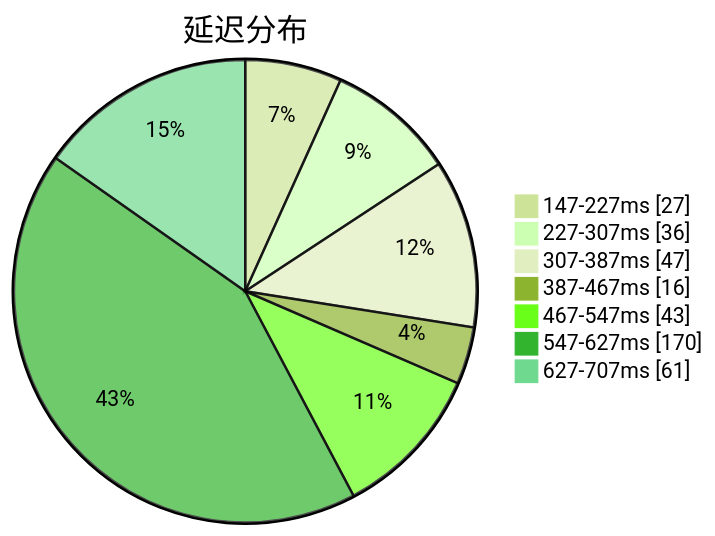
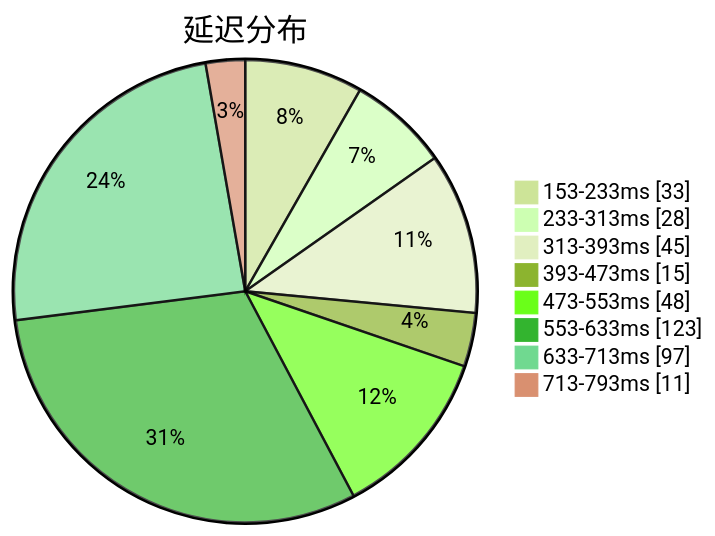
The first of 3 diagrams in subs/statistics/tested_within.md (qjlxg/airport), drawn with Mermaid (forest theme) before and after one commit. The commit also changed other lines of this file and 2 other files, not shown here.

Commit message:
Tested by metaST

````diff
--- a/subs/statistics/tested_within.md
+++ b/subs/statistics/tested_within.md
@@ -2,11 +2,12 @@
 ```mermaid
 pie showData
 title 延迟分布
-"147-227ms" : 27
-"227-307ms" : 36
-"307-387ms" : 47
-"387-467ms" : 16
-"467-547ms" : 43
-"547-627ms" : 170
-"627-707ms" : 61
+"153-233ms" : 33
+"233-313ms" : 28
+"313-393ms" : 45
+"393-473ms" : 15
+"473-553ms" : 48
+"553-633ms" : 123
+"633-713ms" : 97
+"713-793ms" : 11
 ```
````
